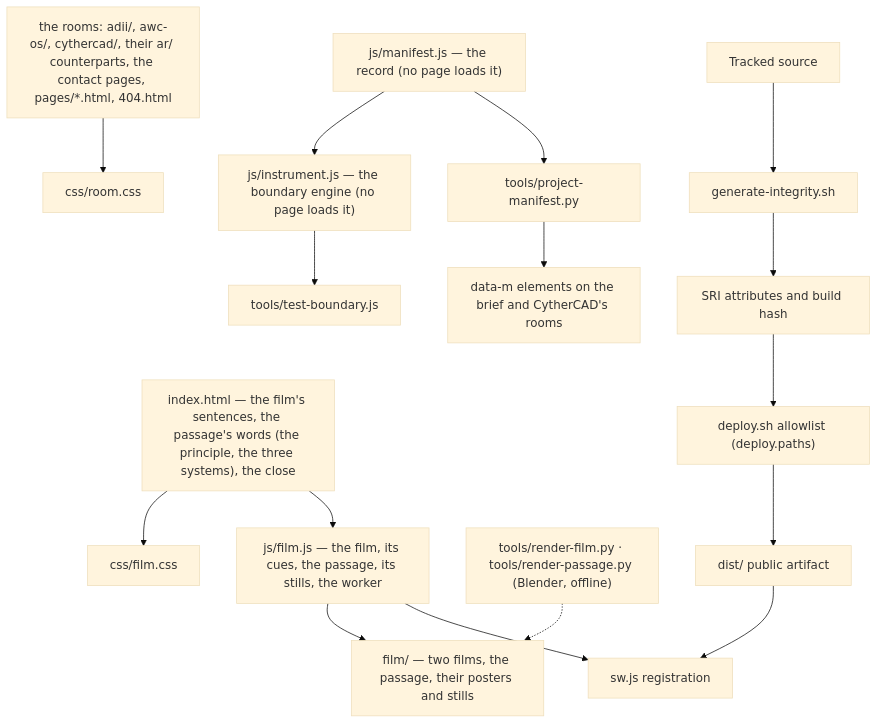
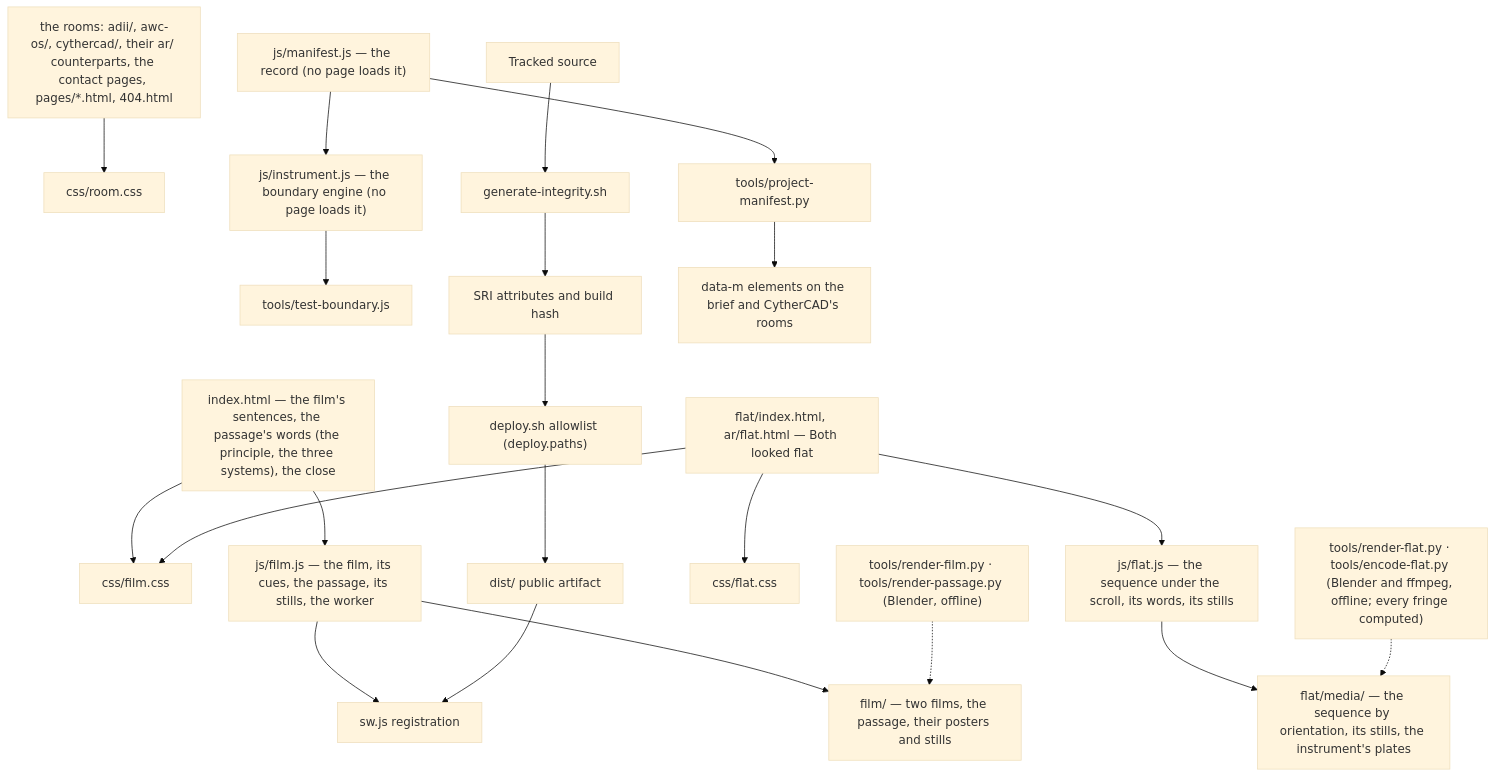
Before and after one commit to AethersDev/CytherAI: the diagram in docs/architecture.md, drawn with Mermaid (base theme). The commit also changed other lines of this file and 53 other files, not shown here.

Commit message:
release: Both looked flat, two steel blocks tested with optical flats, every fringe computed; the front doors route to it from their close (build 3FFE3B0DA1273F4B)

````diff
--- a/docs/architecture.md
+++ b/docs/architecture.md
@@ -22,21 +22,27 @@
 ```mermaid
 flowchart TD
   I["index.html — the film's sentences, the passage's words (the principle, the three systems), the close"] --> CSS2["css/film.css"]
   I --> F["js/film.js — the film, its cues, the passage, its stills, the worker"]
   F --> MED["film/ — two films, the passage, their posters and stills"]
   F --> SW["sw.js registration"]
   RF["tools/render-film.py · tools/render-passage.py (Blender, offline)"] -.-> MED
 
   RM["the rooms: adii/, awc-os/, cythercad/, their ar/ counterparts, the contact pages, pages/*.html, 404.html"] --> ROOM["css/room.css"]
+
+  FN["flat/index.html, ar/flat.html — Both looked flat"] --> CSS2
+  FN --> ECSS["css/flat.css"]
+  FN --> EJS["js/flat.js — the sequence under the scroll, its words, its stills"]
+  EJS --> EMED["flat/media/ — the sequence by orientation, its stills, the instrument's plates"]
+  RE["tools/render-flat.py · tools/encode-flat.py (Blender and ffmpeg, offline; every fringe computed)"] -.-> EMED
 
   M["js/manifest.js — the record (no page loads it)"] --> B["js/instrument.js — the boundary engine (no page loads it)"]
   B --> TB["tools/test-boundary.js"]
 
   SRC["Tracked source"] --> SRI["generate-integrity.sh"]
   SRI --> ID["SRI attributes and build hash"]
   ID --> DEP["deploy.sh allowlist (deploy.paths)"]
   DEP --> DIST["dist/ public artifact"]
   DIST --> SW
 
   M --> PM["tools/project-manifest.py"] --> DM["data-m elements on the brief and CytherCAD's rooms"]
 ```
````
